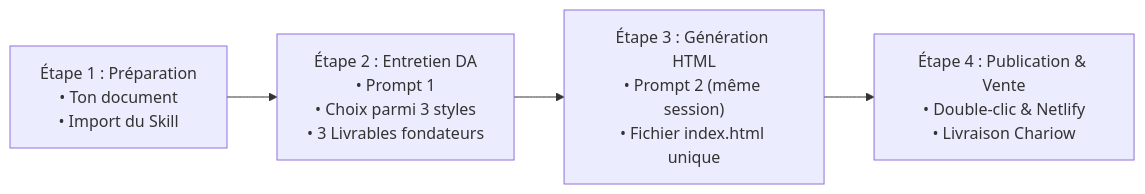
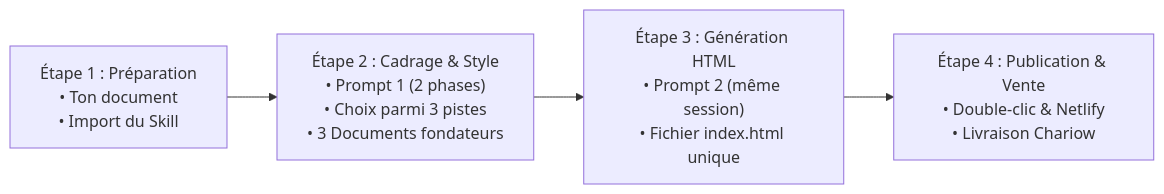
Before and after one commit to Kreesten-hsh/AI_CREATOR_STUDIO: the diagram in docs/guides/GUIDE-PARCOURS-APPRENANT.md, drawn with Mermaid. The commit also changed other lines of this file and 121 other files, not shown here.

````diff
--- a/docs/guides/GUIDE-PARCOURS-APPRENANT.md
+++ b/docs/guides/GUIDE-PARCOURS-APPRENANT.md
@@ -20,9 +20,9 @@
 ```mermaid
 flowchart LR
     E1["Étape 1 : Préparation<br>• Ton document<br>• Import du Skill"]
-    E2["Étape 2 : Entretien DA<br>• Prompt 1<br>• Choix parmi 3 styles<br>• 3 Livrables fondateurs"]
+    E2["Étape 2 : Cadrage & Style<br>• Prompt 1 (2 phases)<br>• Choix parmi 3 pistes<br>• 3 Documents fondateurs"]
     E3["Étape 3 : Génération HTML<br>• Prompt 2 (même session)<br>• Fichier index.html unique"]
     E4["Étape 4 : Publication & Vente<br>• Double-clic & Netlify<br>• Livraison Chariow"]
 
     E1 --> E2 --> E3 --> E4
 ```
````
